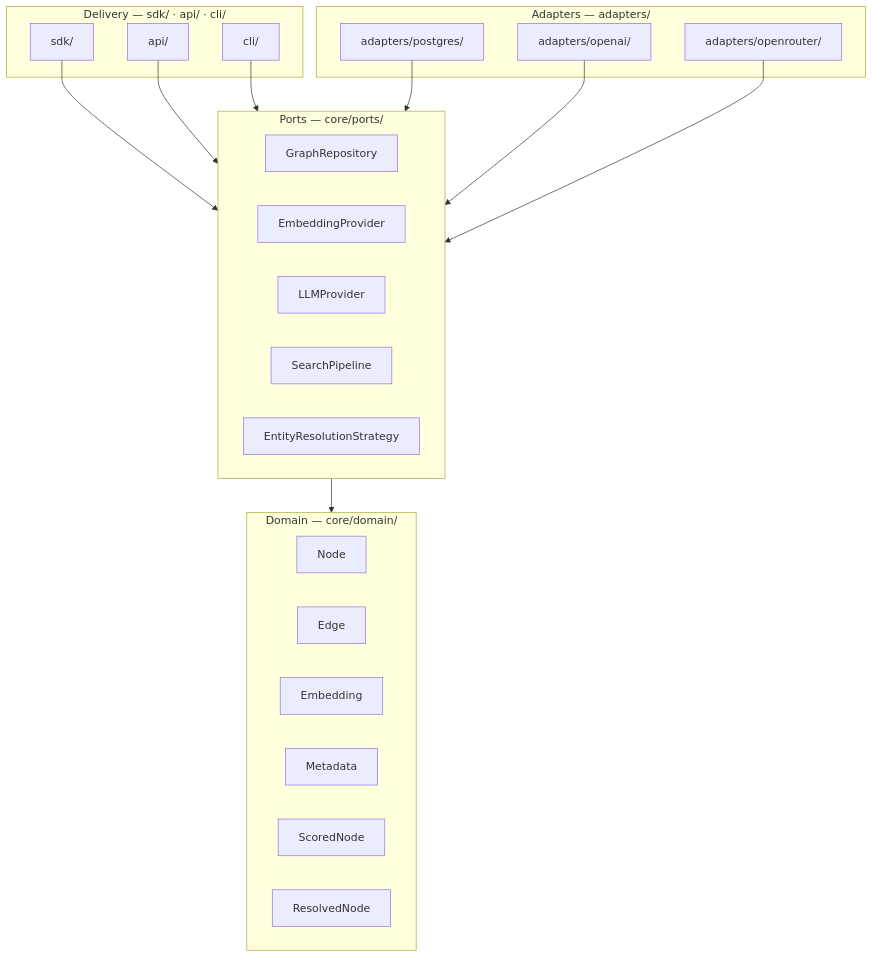
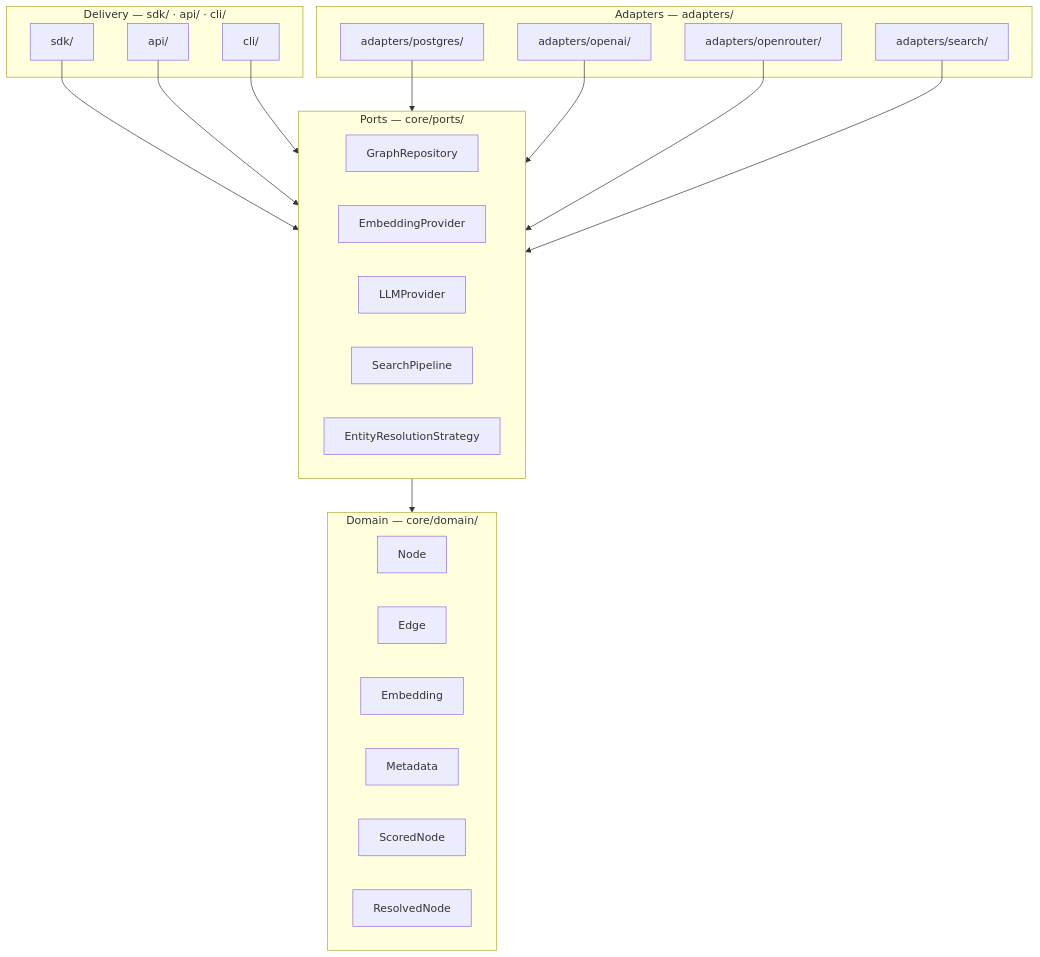
The diagram in docs/architecture/layers.md (unifrancouni/depth-graph-search), drawn with Mermaid before and after one commit. The commit also changed other lines of this file and 4 other files, not shown here.

Commit message:
docs: update architecture, changelog, and flows for SDD-04

````diff
--- a/docs/architecture/layers.md
+++ b/docs/architecture/layers.md
@@ -11,39 +11,41 @@
 ```mermaid
 graph TD
     subgraph Delivery["Delivery — sdk/ · api/ · cli/"]
         SDK[sdk/]
         API[api/]
         CLI[cli/]
     end
 
     subgraph Adapters["Adapters — adapters/"]
         PGR[adapters/postgres/]
         OAI[adapters/openai/]
         ORI[adapters/openrouter/]
+        SRH[adapters/search/]
     end
 
     subgraph AppPorts["Ports — core/ports/"]
         GRP[GraphRepository]
         EMP[EmbeddingProvider]
         LLP[LLMProvider]
         SPS[SearchPipeline]
         ERS[EntityResolutionStrategy]
     end
 
     subgraph Domain["Domain — core/domain/"]
         Node[Node]
         Edge[Edge]
         Emb[Embedding]
         Meta[Metadata]
         SN[ScoredNode]
         RN[ResolvedNode]
     end
 
     SDK --> AppPorts
     API --> AppPorts
     CLI --> AppPorts
     PGR --> AppPorts
     OAI --> AppPorts
     ORI --> AppPorts
+    SRH --> AppPorts
     AppPorts --> Domain
 ```
````
